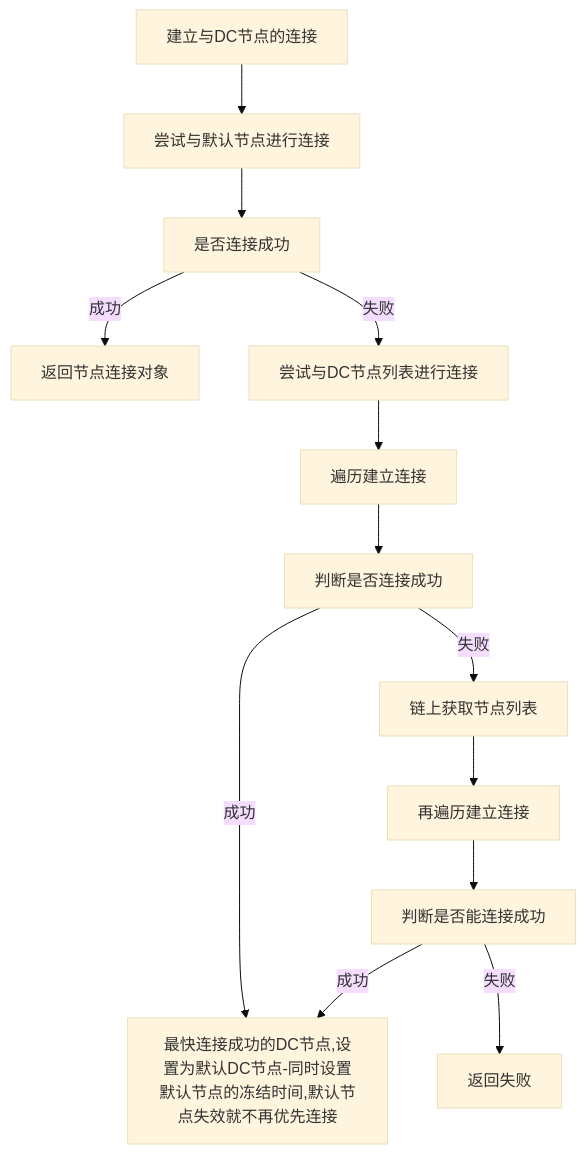
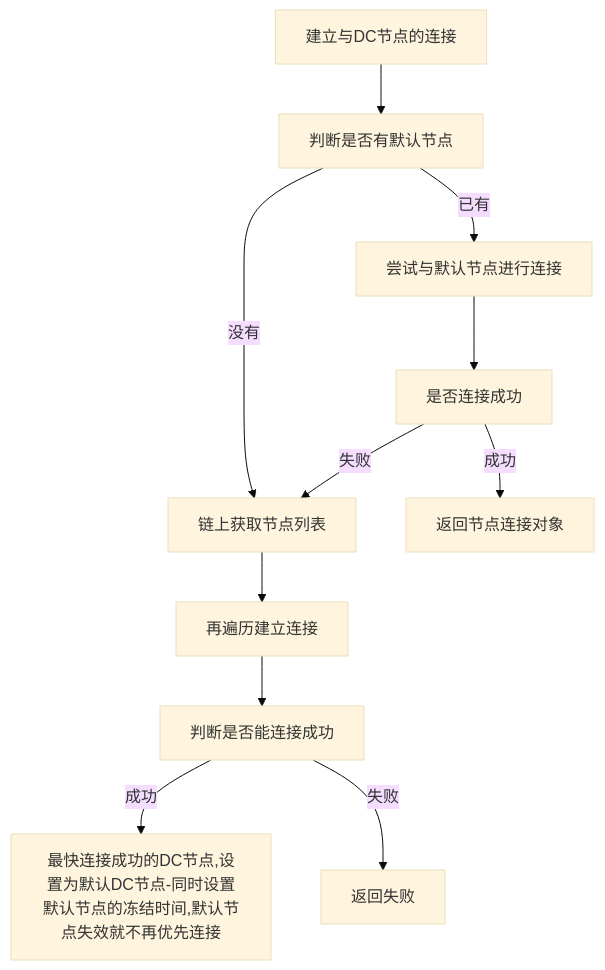
The second of 6 diagrams in 初始化逻辑.md (dcnetio/web-dc-api), drawn with Mermaid (base theme) before and after one commit. The commit also changed other lines of this file, not shown here.

````diff
--- a/初始化逻辑.md
+++ b/初始化逻辑.md
@@ -17,10 +17,9 @@
 ```mermaid
 graph TD
-建立与DC节点的连接--> 尝试与默认节点进行连接 --> 是否连接成功
+建立与DC节点的连接--> 判断是否有默认节点 -- 已有 --> 尝试与默认节点进行连接 --> 是否连接成功
+判断是否有默认节点 -- 没有 --> 链上获取节点列表
 是否连接成功 -- 成功 --> 返回节点连接对象
-是否连接成功 -- 失败 --> 尝试与DC节点列表进行连接 --> 遍历建立连接 --> 判断是否连接成功 
-判断是否连接成功 -- 成功 --> 最快连接成功的DC节点,设置为默认DC节点-同时设置默认节点的冻结时间,默认节点失效就不再优先连接
-判断是否连接成功 -- 失败 --> 链上获取节点列表 --> 再遍历建立连接 --> 判断是否能连接成功
+是否连接成功 -- 失败 --> 链上获取节点列表 --> 再遍历建立连接 --> 判断是否能连接成功
 判断是否能连接成功 -- 成功 --> 最快连接成功的DC节点,设置为默认DC节点-同时设置默认节点的冻结时间,默认节点失效就不再优先连接
 判断是否能连接成功 -- 失败 --> 返回失败
 ```
````
